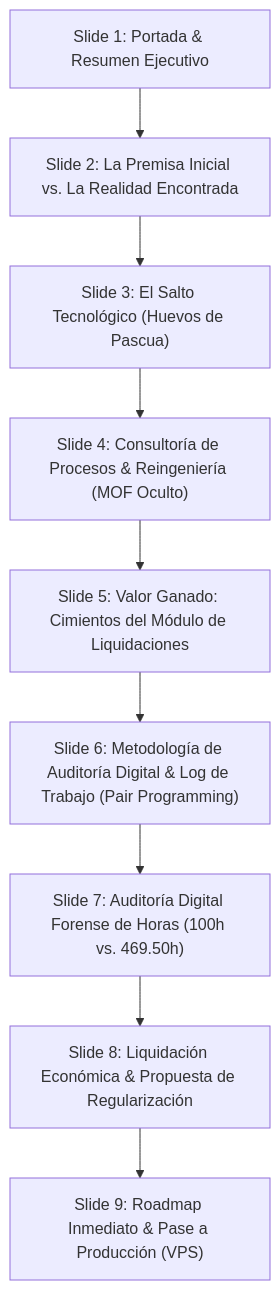
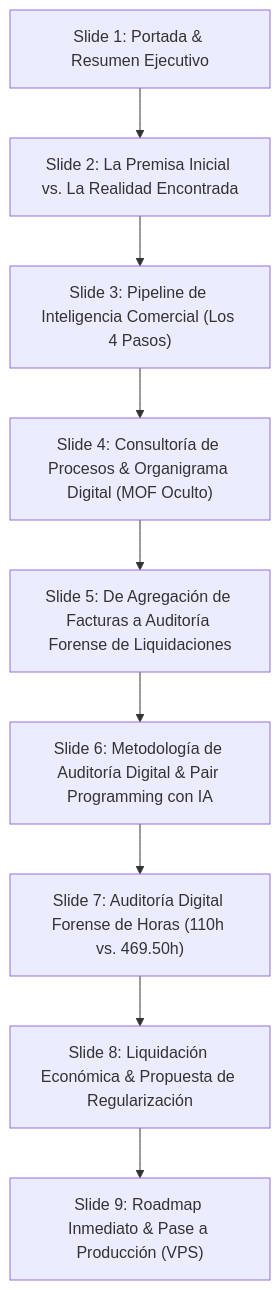
The diagram in Desarrollo.Profesional/Obsidian.Refactorizacion.Multicotizador/26_Modificacion_Alcance_Costos_HUEVOS_PASCUA.md (RichGutz/PETRAL.SMART.DASHBOARD), drawn with Mermaid before and after one commit. The commit also changed other lines of this file and 2 other files, not shown here.

Commit message:
feat(presentation): V3 definitiva con 9 slides calibrada a 110h base, ETL 3 veces, 4 pasos de pipeline y eliminacion de MGO=MDO

````diff
--- a/Desarrollo.Profesional/Obsidian.Refactorizacion.Multicotizador/26_Modificacion_Alcance_Costos_HUEVOS_PASCUA.md
+++ b/Desarrollo.Profesional/Obsidian.Refactorizacion.Multicotizador/26_Modificacion_Alcance_Costos_HUEVOS_PASCUA.md
@@ -39,11 +40,11 @@
 ```mermaid
 graph TD
     S1["Slide 1: Portada & Resumen Ejecutivo"] --> S2["Slide 2: La Premisa Inicial vs. La Realidad Encontrada"]
-    S2 --> S3["Slide 3: El Salto Tecnológico (Huevos de Pascua)"]
-    S3 --> S4["Slide 4: Consultoría de Procesos & Reingeniería (MOF Oculto)"]
-    S4 --> S5["Slide 5: Valor Ganado: Cimientos del Módulo de Liquidaciones"]
-    S5 --> S6["Slide 6: Metodología de Auditoría Digital & Log de Trabajo (Pair Programming)"]
-    S6 --> S7["Slide 7: Auditoría Digital Forense de Horas (100h vs. 469.50h)"]
+    S2 --> S3["Slide 3: Pipeline de Inteligencia Comercial (Los 4 Pasos)"]
+    S3 --> S4["Slide 4: Consultoría de Procesos & Organigrama Digital (MOF Oculto)"]
+    S4 --> S5["Slide 5: De Agregación de Facturas a Auditoría Forense de Liquidaciones"]
+    S5 --> S6["Slide 6: Metodología de Auditoría Digital & Pair Programming con IA"]
+    S6 --> S7["Slide 7: Auditoría Digital Forense de Horas (110h vs. 469.50h)"]
     S7 --> S8["Slide 8: Liquidación Económica & Propuesta de Regularización"]
     S8 --> S9["Slide 9: Roadmap Inmediato & Pase a Producción (VPS)"]
 ```
````
